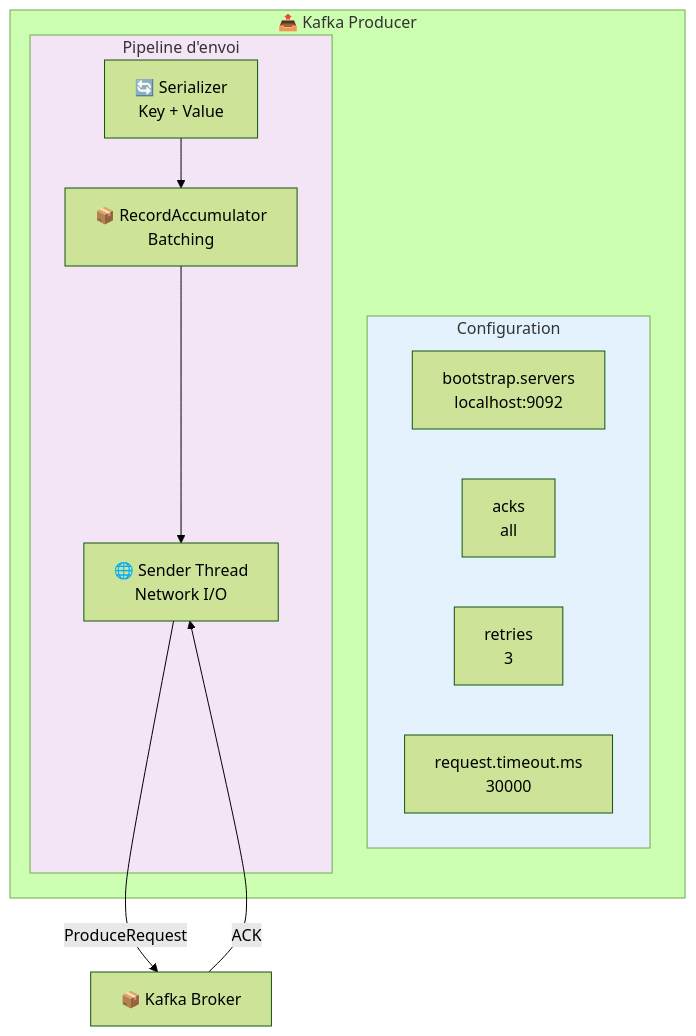
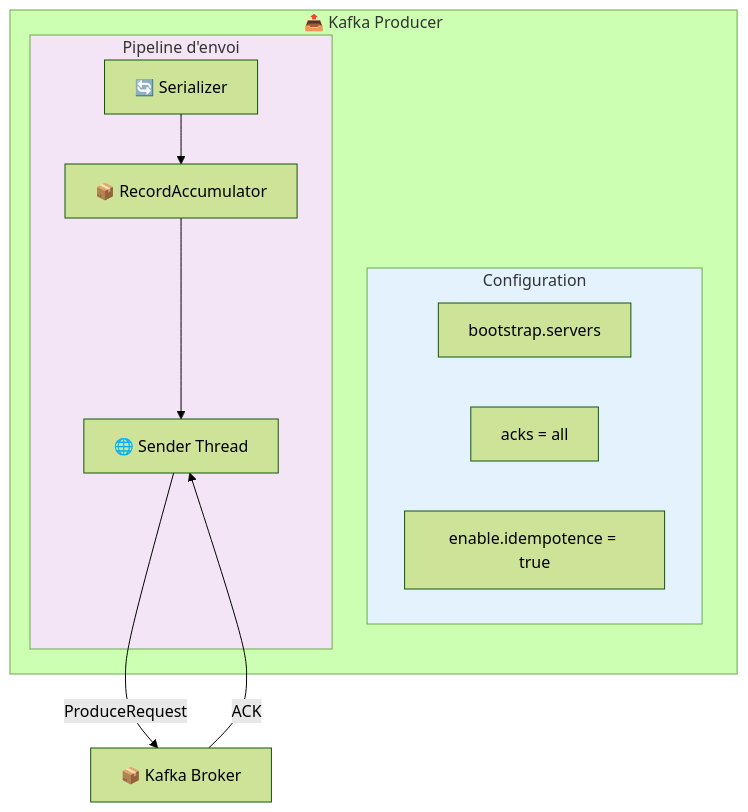
One commit to msellamiTN/formation--kafka-dotnet changed the second of 3 diagrams in day-01-foundations/module-02-producer/lab-1.2a-producer-basic/README.md. Above: the diagram before and after it, drawn with Mermaid (forest theme). The commit also changed other lines of this file and 8 other files, not shown here.

````diff
--- a/day-01-foundations/module-02-producer/lab-1.2a-producer-basic/README.md
+++ b/day-01-foundations/module-02-producer/lab-1.2a-producer-basic/README.md
@@ -349,25 +676,24 @@
 ```mermaid
 flowchart TB
     subgraph Producer["📤 Kafka Producer"]
         subgraph Config["Configuration"]
-            BS["bootstrap.servers<br/>localhost:9092"]
-            AC["acks<br/>all"]
-            RE["retries<br/>3"]
-            RT["request.timeout.ms<br/>30000"]
+            BS["bootstrap.servers"]
+            AC["acks = all"]
+            ID["enable.idempotence = true"]
         end
-        
+
         subgraph Pipeline["Pipeline d'envoi"]
-            SER["🔄 Serializer<br/>Key + Value"]
-            ACC["📦 RecordAccumulator<br/>Batching"]
-            SND["🌐 Sender Thread<br/>Network I/O"]
+            SER["🔄 Serializer"]
+            ACC["📦 RecordAccumulator"]
+            SND["🌐 Sender Thread"]
         end
-        
+
         SER --> ACC --> SND
     end
-    
+
     SND -->|"ProduceRequest"| K["📦 Kafka Broker"]
     K -->|"ACK"| SND
-    
+
     style Config fill:#e3f2fd
     style Pipeline fill:#f3e5f5
 ```
````
